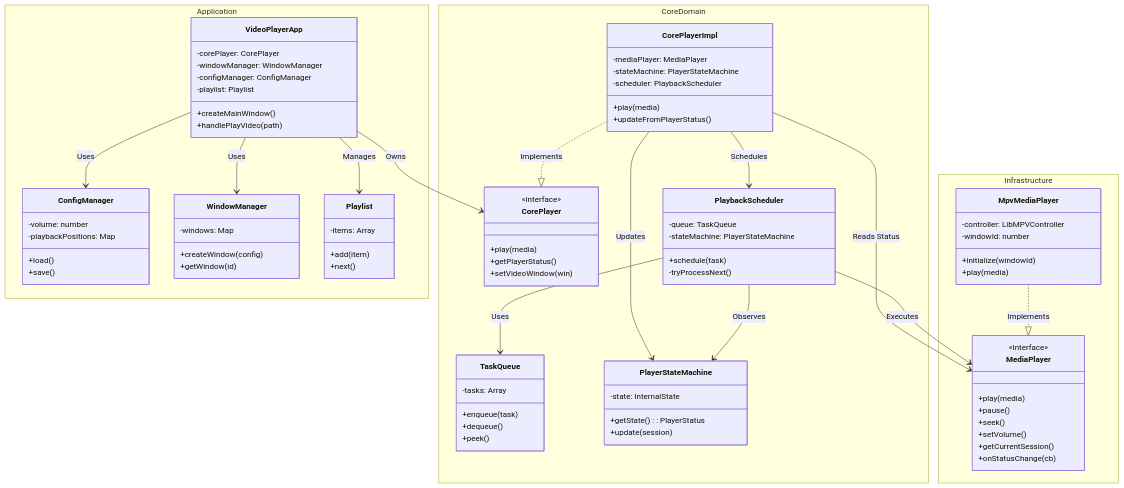
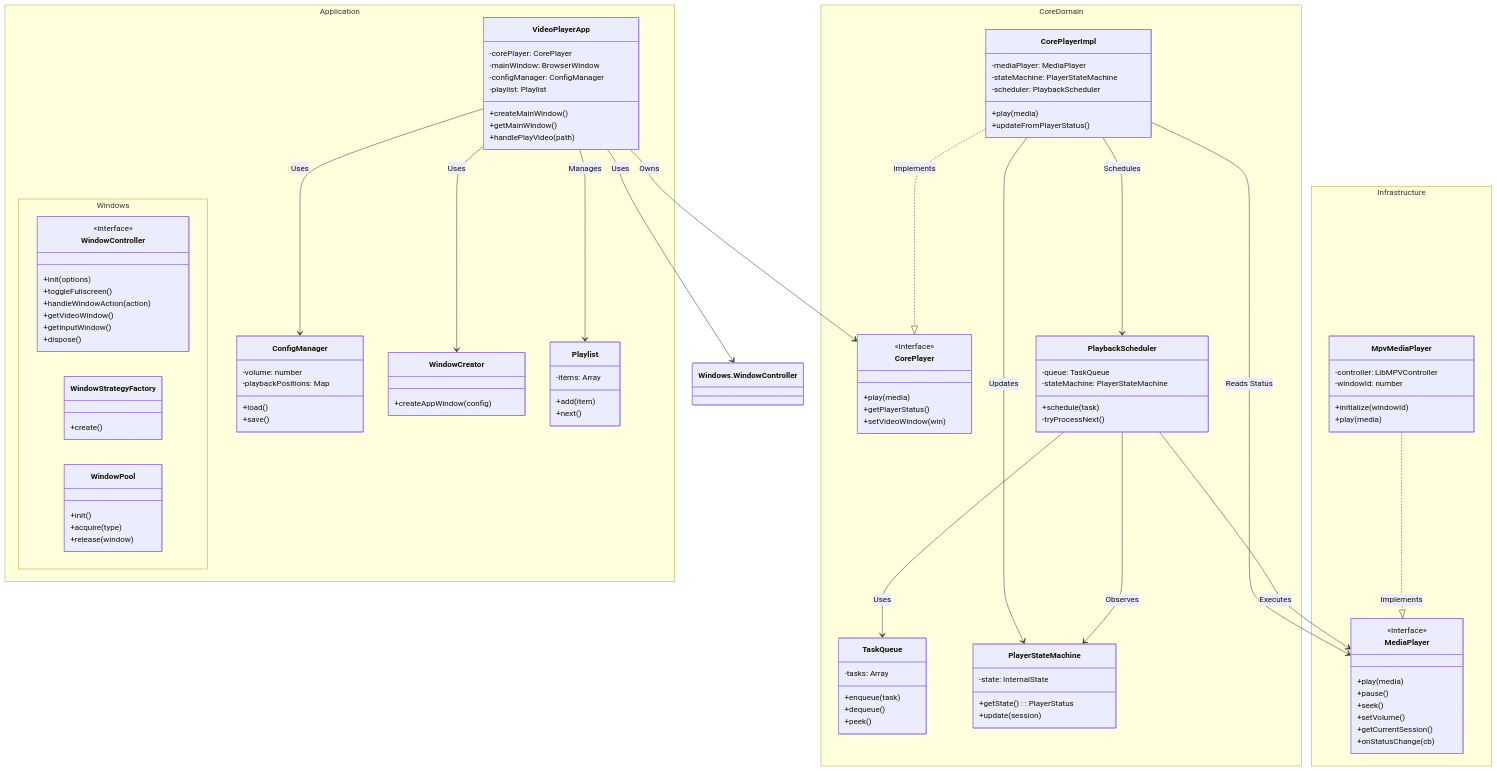
The third of 10 diagrams in docs/architecture/ARCHITECTURE.md (Lucas-lgm/lumiere), drawn with Mermaid before and after one commit. The commit also changed other lines of this file and 8 other files, not shown here.

First line of the commit message:
refactor: 移除 WindowManager 并直接管理主窗口

```diff
--- a/docs/architecture/ARCHITECTURE.md
+++ b/docs/architecture/ARCHITECTURE.md
@@ -168,10 +170,11 @@
     namespace Application {
         class VideoPlayerApp {
             -corePlayer: CorePlayer
-            -windowManager: WindowManager
+            -mainWindow: BrowserWindow
             -configManager: ConfigManager
             -playlist: Playlist
             +createMainWindow()
+            +getMainWindow()
             +handlePlayVideo(path)
         }
         
@@ -182,10 +185,28 @@
             +save()
         }
 
-        class WindowManager {
-            -windows: Map
-            +createWindow(config)
-            +getWindow(id)
+        class WindowCreator {
+            +createAppWindow(config)
+        }
+        
+        namespace Windows {
+            class WindowController {
+                <<Interface>>
+                +init(options)
+                +toggleFullscreen()
+                +handleWindowAction(action)
+                +getVideoWindow()
+                +getInputWindow()
+                +dispose()
+            }
+            class WindowStrategyFactory {
+                +create()
+            }
+            class WindowPool {
+                +init()
+                +acquire(type)
+                +release(window)
+            }
         }
         
         class Playlist {
@@ -253,7 +274,8 @@
 
     %% Relationships
     VideoPlayerApp --> CorePlayer : Owns
-    VideoPlayerApp --> WindowManager : Uses
+    VideoPlayerApp --> WindowCreator : Uses
+    VideoPlayerApp --> Windows.WindowController : Uses
     VideoPlayerApp --> ConfigManager : Uses
     VideoPlayerApp --> Playlist : Manages
     
```
